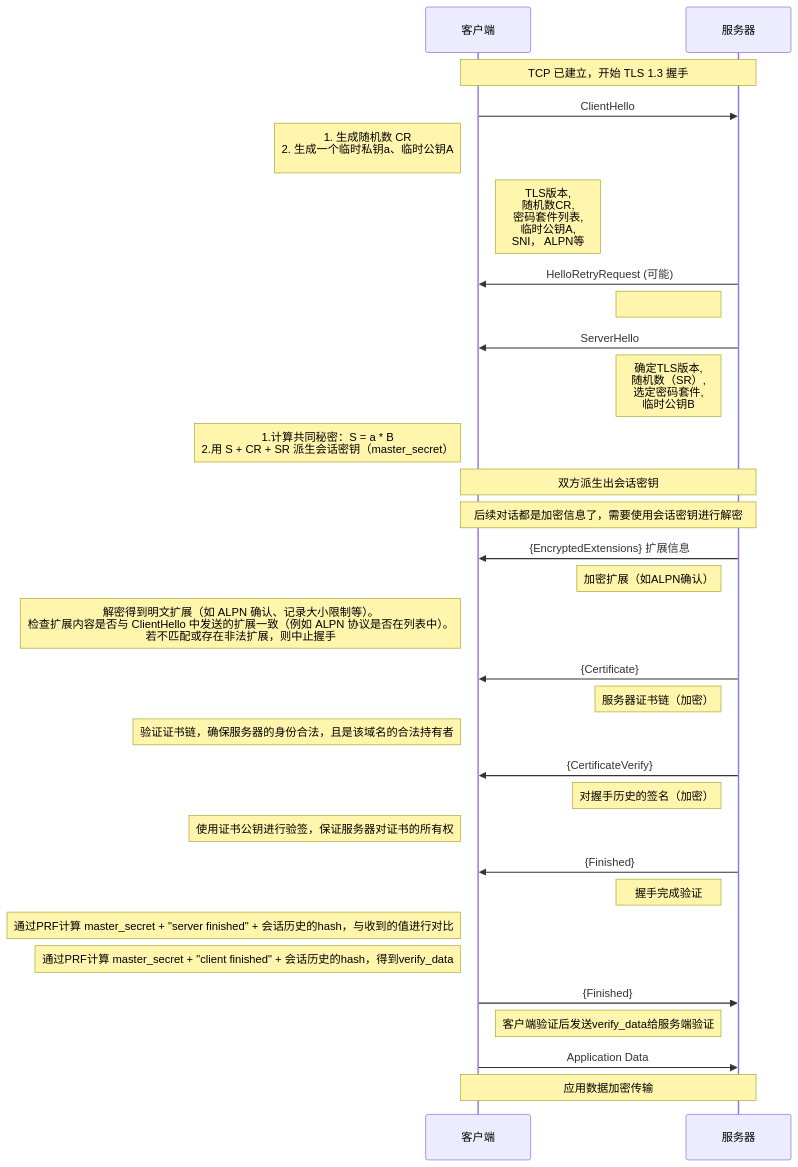
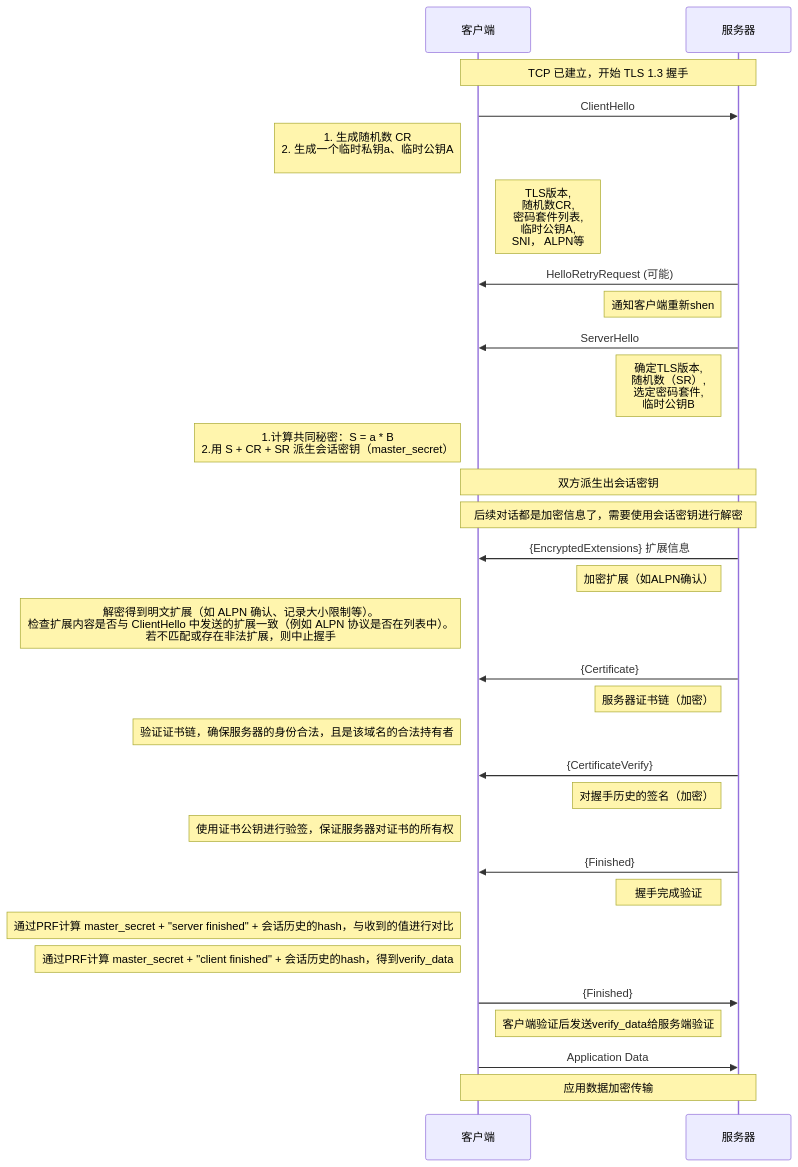
Before and after one commit to HY-10-8/iodraw-files: the diagram in all/TLS-1.3-通用（全）.md, drawn with Mermaid.

Commit message:
2026-03-31 10:07:53 update

````diff
--- a/all/TLS-1.3-通用（全）.md
+++ b/all/TLS-1.3-通用（全）.md
@@ -1,44 +1,44 @@
 ```mermaid
 sequenceDiagram
     participant C as 客户端
     participant S as 服务器
 
     Note over C,S: TCP 已建立，开始 TLS 1.3 握手
 
     C->>S: ClientHello
     Note left of C: 1. 生成随机数 CR<br/> 2. 生成一个临时私钥a、临时公钥A<br/>
     Note right of C: TLS版本,<br/> 随机数CR,<br/> 密码套件列表,<br/> 临时公钥A,<br/> SNI， ALPN等
 
     S->>C: HelloRetryRequest (可能)
-    Note left of S: 
+    Note left of S: 通知客户端重新shen
 
     S->>C: ServerHello
     Note left of S: 确定TLS版本, <br/>随机数（SR）,<br/> 选定密码套件, <br/>临时公钥B
     Note left of C: 1.计算共同秘密：S = a * B<br/> 2.用 S + CR + SR 派生会话密钥（master_secret）
 
     Note over C,S: 双方派生出会话密钥
     Note over C,S: 后续对话都是加密信息了，需要使用会话密钥进行解密
 
     S->>C: {EncryptedExtensions} 扩展信息
     Note left of S: 加密扩展（如ALPN确认）
     Note left of C: 解密得到明文扩展（如 ALPN 确认、记录大小限制等）。<br/>检查扩展内容是否与 ClientHello 中发送的扩展一致（例如 ALPN 协议是否在列表中）。<br/> 若不匹配或存在非法扩展，则中止握手
 
     S->>C: {Certificate}
     Note left of S: 服务器证书链（加密）
     Note left of C: 验证证书链，确保服务器的身份合法，且是该域名的合法持有者
 
     S->>C: {CertificateVerify}
     Note left of S: 对握手历史的签名（加密）
     Note left of C: 使用证书公钥进行验签，保证服务器对证书的所有权
 
     S->>C: {Finished}
     Note left of S: 握手完成验证
     Note left of C: 通过PRF计算 master_secret + "server finished" + 会话历史的hash，与收到的值进行对比
     Note left of C: 通过PRF计算 master_secret + "client finished" + 会话历史的hash，得到verify_data
 
     C->>S: {Finished}
     Note right of C: 客户端验证后发送verify_data给服务端验证
 
     C->>S: Application Data
     Note over C,S: 应用数据加密传输
 ```
````
